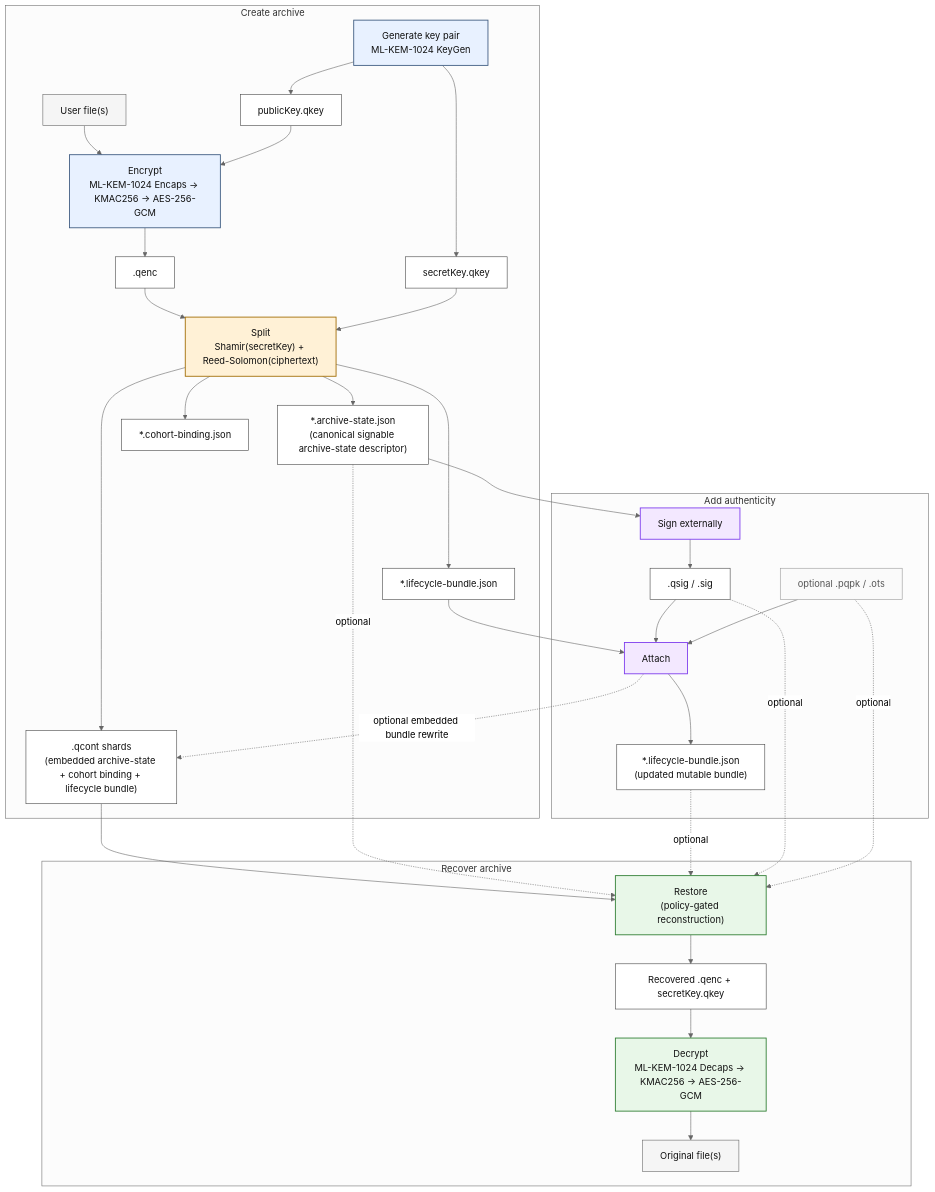
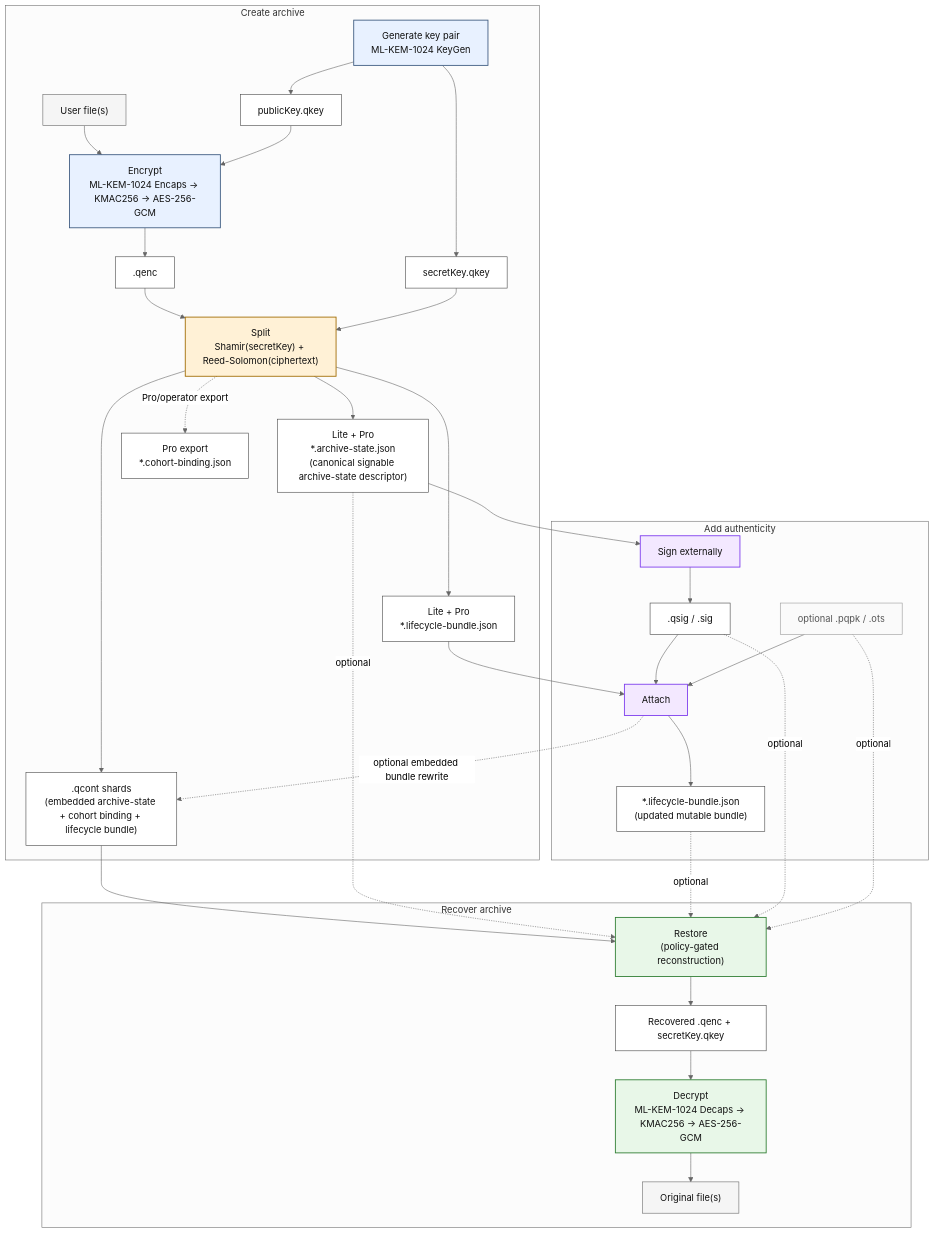
Before and after one commit to CyberKiska/quantum-vault: the diagram in README.md, drawn with Mermaid (neutral theme). The commit also changed other lines of this file and 8 other files, not shown here.

````diff
--- a/README.md
+++ b/README.md
@@ -70,68 +70,68 @@
 ```mermaid
 flowchart TB
     subgraph CREATE["Create archive"]
         G["Generate key pair<br/>ML-KEM-1024 KeyGen"]:::crypto
         PK["publicKey.qkey"]:::artifact
         SK["secretKey.qkey"]:::artifact
         U["User file(s)"]:::input
         E["Encrypt<br/>ML-KEM-1024 Encaps → KMAC256 → AES-256-GCM"]:::crypto
         Q[".qenc"]:::artifact
         S["Split<br/>Shamir(secretKey) + Reed-Solomon(ciphertext)"]:::split
         QC[".qcont shards<br/>(embedded archive-state + cohort binding + lifecycle bundle)"]:::artifact
-        AS["*.archive-state.json<br/>(canonical signable archive-state descriptor)"]:::artifact
-        CB["*.cohort-binding.json"]:::artifact
-        LB["*.lifecycle-bundle.json"]:::artifact
+        AS["Lite + Pro<br/>*.archive-state.json<br/>(canonical signable archive-state descriptor)"]:::artifact
+        CB["Pro export<br/>*.cohort-binding.json"]:::artifact
+        LB["Lite + Pro<br/>*.lifecycle-bundle.json"]:::artifact
 
         G --> PK
         G --> SK
         U --> E
         PK --> E
         E --> Q
         Q --> S
         SK --> S
         S --> QC
         S --> AS
-        S --> CB
+        S -. Pro/operator export .-> CB
         S --> LB
     end
 
     subgraph AUTH["Add authenticity"]
         SG["Sign externally"]:::auth
         SIG[".qsig / .sig"]:::artifact
         OPT["optional .pqpk / .ots"]:::optional
         AT["Attach"]:::auth
         EM["*.lifecycle-bundle.json<br/>(updated mutable bundle)"]:::artifact
 
         AS --> SG
         SG --> SIG
         LB --> AT
         SIG --> AT
         OPT --> AT
         AT --> EM
         AT -. optional embedded bundle rewrite .-> QC
     end
 
     subgraph RECOVER["Recover archive"]
         R["Restore<br/>(policy-gated reconstruction)"]:::restore
         OUT["Recovered .qenc + secretKey.qkey"]:::artifact
         D["Decrypt<br/>ML-KEM-1024 Decaps → KMAC256 → AES-256-GCM"]:::restore
         F["Original file(s)"]:::input
 
         QC --> R
         AS -. optional .-> R
         EM -. optional .-> R
         SIG -. optional .-> R
         OPT -. optional .-> R
         R --> OUT
         OUT --> D
         D --> F
     end
 
     classDef input fill:#f5f5f5,stroke:#666,stroke-width:1px,color:#111;
     classDef crypto fill:#e8f1ff,stroke:#3d5a80,stroke-width:1.5px,color:#111;
     classDef split fill:#fff1d6,stroke:#a06b00,stroke-width:1.5px,color:#111;
     classDef auth fill:#f3e8ff,stroke:#7c3aed,stroke-width:1.5px,color:#111;
     classDef restore fill:#e8f7e8,stroke:#2e7d32,stroke-width:1.5px,color:#111;
     classDef artifact fill:#ffffff,stroke:#444,stroke-width:1px,color:#111;
     classDef optional fill:#fafafa,stroke:#999,stroke-width:1px,color:#555;
 ```
````
